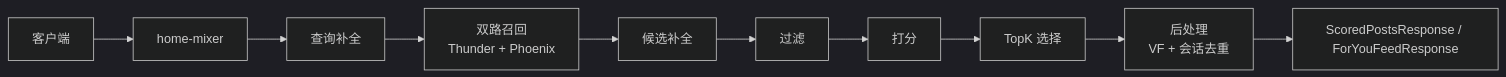
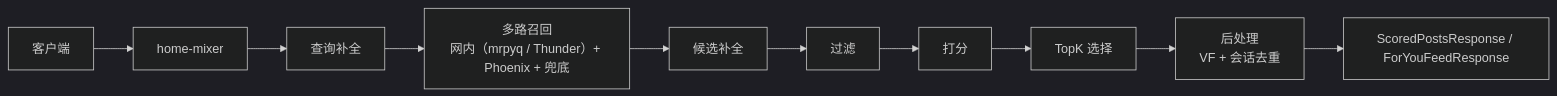
The first of 4 diagrams in docs/home-mixer/00-handbook.md (freefcw/x-algorithm), drawn with Mermaid (dark theme) before and after one commit. The commit also changed other lines of this file and 21 other files, not shown here.

````diff
--- a/docs/home-mixer/00-handbook.md
+++ b/docs/home-mixer/00-handbook.md
@@ -11,12 +11,12 @@
 ```mermaid
 flowchart LR
     Client["客户端"] --> HM["home-mixer"]
     HM --> Q["查询补全"]
-    Q --> R["双路召回<br/>Thunder + Phoenix"]
+    Q --> R["多路召回<br/>网内（mrpyq / Thunder）+ Phoenix + 兜底"]
     R --> H["候选补全"]
     H --> F["过滤"]
     F --> S["打分"]
     S --> K["TopK 选择"]
     K --> P["后处理<br/>VF + 会话去重"]
     P --> Resp["ScoredPostsResponse / ForYouFeedResponse"]
 ```
````
